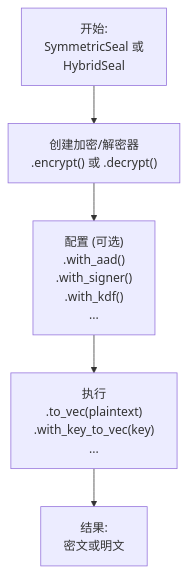
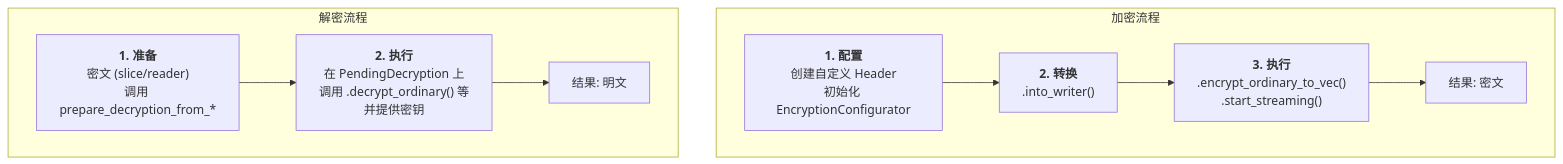
The diagram in README_CN.md (GlorYouth/seal-flow), drawn with Mermaid before and after one commit. The commit also changed other lines of this file and 1 other file, not shown here.

Commit message:
更新中文和英文README，修改库的描述，强调基于`seal-crypto-wrapper`的高级密码学工作流，调整核心理念为“配置-执行模式”，并详细说明加密和解密流程。新增示例代码，展示对称加密和混合加密的使用方法，更新执行模式和API层级的描述，提升文档的可读性和清晰度。

````diff
--- a/README_CN.md
+++ b/README_CN.md
@@ -21,7 +23,13 @@
 ```mermaid
 graph TD
-    A["开始: <br/>SymmetricSeal 或 <br/>HybridSeal"] --> B["创建加密/解密器 <br/> .encrypt() 或 .decrypt()"];
-    B --> C["配置 (可选) <br/> .with_aad() <br/> .with_signer() <br/> .with_kdf() <br/> ..."];
-    C --> D["执行 <br/> .to_vec(plaintext) <br/> .with_key_to_vec(key) <br/> ..."];
-    D --> E["结果: <br/>密文或明文"];
+    subgraph 加密流程
+        A["<b>1. 配置</b><br/>创建自定义 Header<br/>初始化 EncryptionConfigurator"] --> B["<b>2. 转换</b><br/>.into_writer()"];
+        B --> C["<b>3. 执行</b><br/>.encrypt_ordinary_to_vec()<br/>.start_streaming()"];
+        C --> D["结果: 密文"];
+    end
+    
+    subgraph 解密流程
+        E["<b>1. 准备</b><br/>密文 (slice/reader)<br/>调用 prepare_decryption_from_*"] --> F["<b>2. 执行</b><br/>在 PendingDecryption 上<br/>调用 .decrypt_ordinary() 等<br/>并提供密钥"];
+        F --> G["结果: 明文"];
+    end
 ```
````
